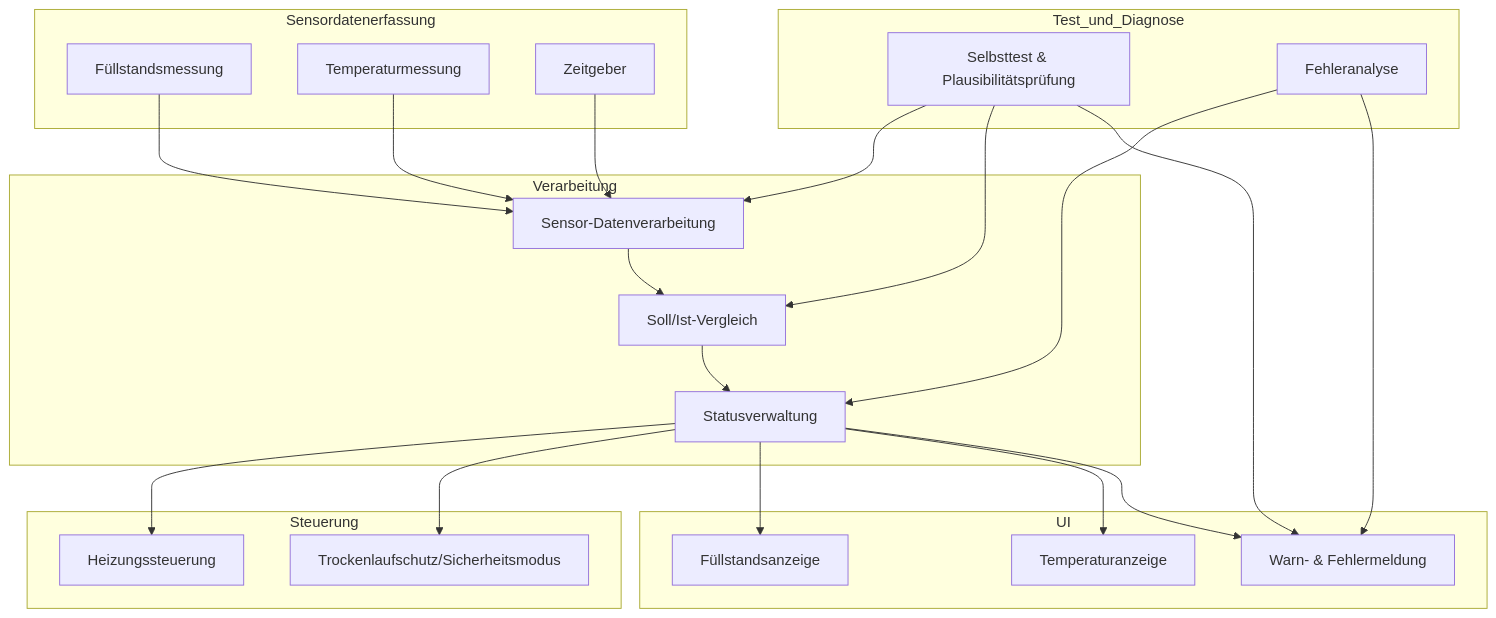
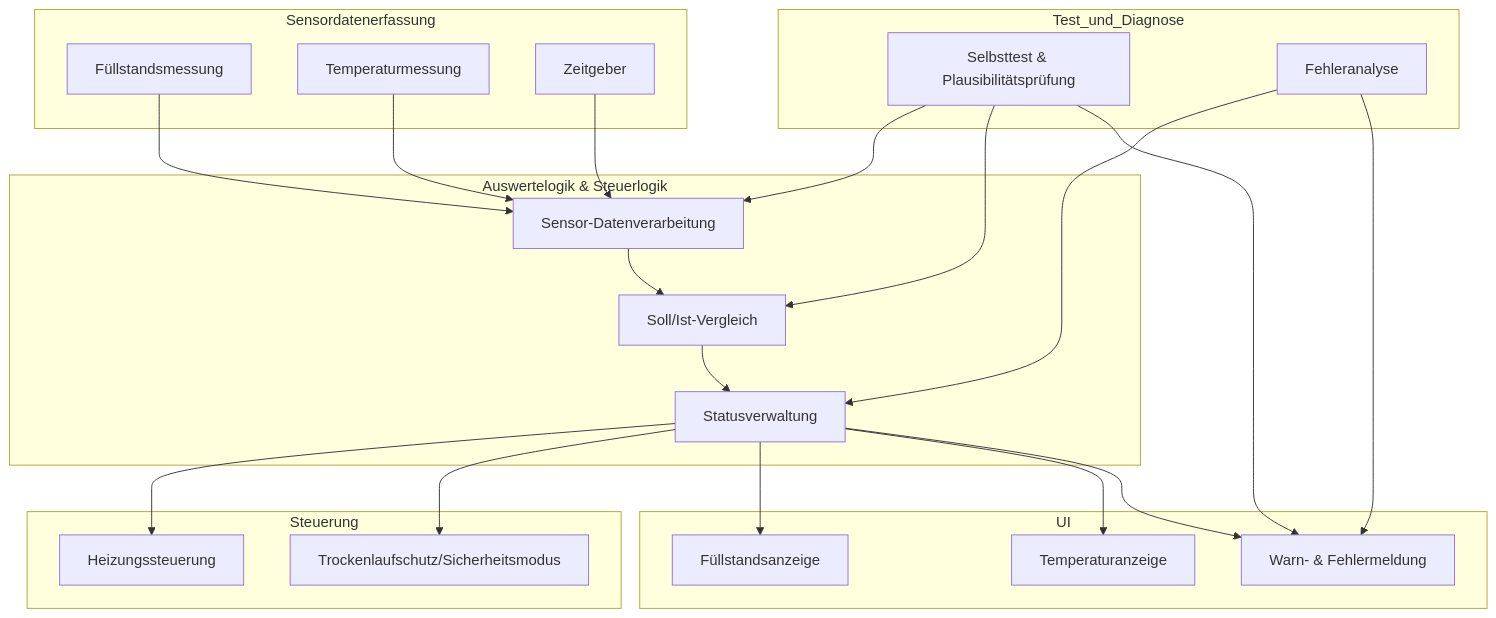
Before and after one commit to binderflou/Eierkocher-Trockenlaufschutz: the diagram in docs/Sprint1/Design1.md, drawn with Mermaid.

`````diff
--- a/docs/Sprint1/Design1.md
+++ b/docs/Sprint1/Design1.md
@@ -5,52 +5,52 @@
 ```mermaid
 graph TD
     %% Schicht 1: Sensordatenerfassung
     subgraph Sensordatenerfassung
         FILL[Füllstandsmessung]
         TEMP[Temperaturmessung]
         TIME[Zeitgeber]
     end
 
     %% Schicht 2: Datenverarbeitung & Zustandsüberwachung
-    subgraph Verarbeitung
+    subgraph Auswertelogik & Steuerlogik
         DAT[Sensor-Datenverarbeitung]
         SIV[Soll/Ist-Vergleich]
         STATUS[Statusverwaltung]
     end
 
     %% Schicht 3: Steuerlogik & Sicherheit
     subgraph Steuerung
         HEAT[Heizungssteuerung]
         SAFETY[Trockenlaufschutz/Sicherheitsmodus]
     end
 
     %% Schicht 4: Benutzerinterface
     subgraph UI
         DISPLAY_FILL[Füllstandsanzeige]
         DISPLAY_TEMP[Temperaturanzeige]
         WARN[Warn- & Fehlermeldung]
     end
 
     %% Schicht 5: Test & Diagnose
     subgraph Test_und_Diagnose
         SELFTEST[Selbsttest & Plausibilitätsprüfung]
         ERROR[Fehleranalyse]
     end
 
     %% Datenflüsse zwischen den Komponenten
     FILL --> DAT
     TEMP --> DAT
     TIME --> DAT
     DAT --> SIV
     SIV --> STATUS
     STATUS --> HEAT
     STATUS --> SAFETY
     STATUS --> DISPLAY_FILL
     STATUS --> DISPLAY_TEMP
     STATUS --> WARN
     SELFTEST --> DAT
     SELFTEST --> SIV
     SELFTEST --> WARN
     ERROR --> STATUS
     ERROR --> WARN
 ````
`````
